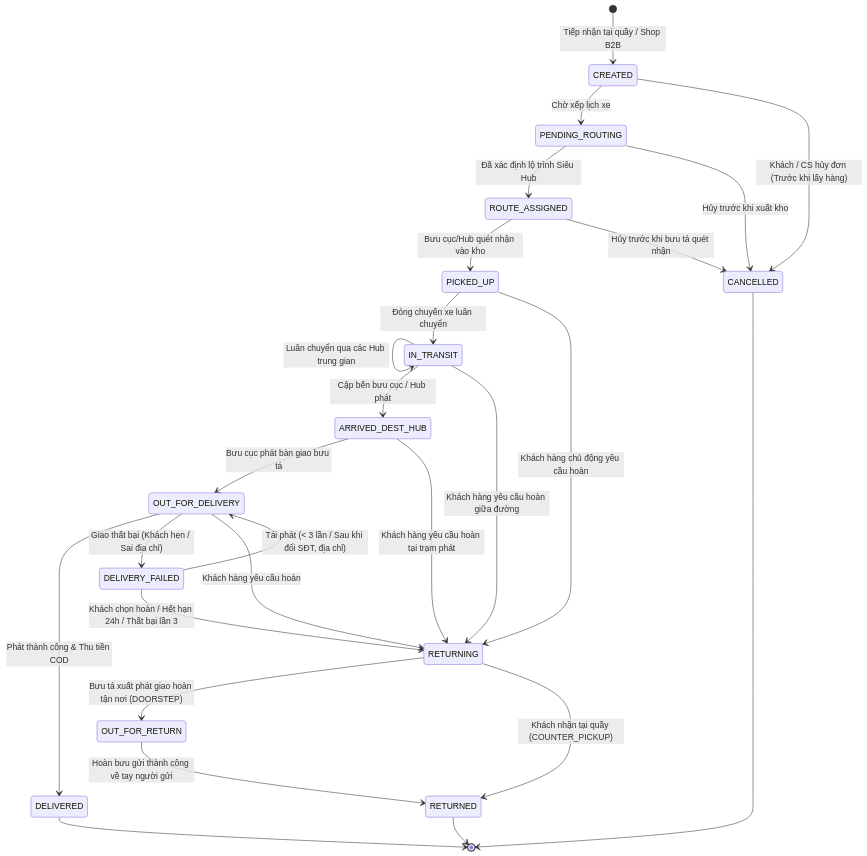
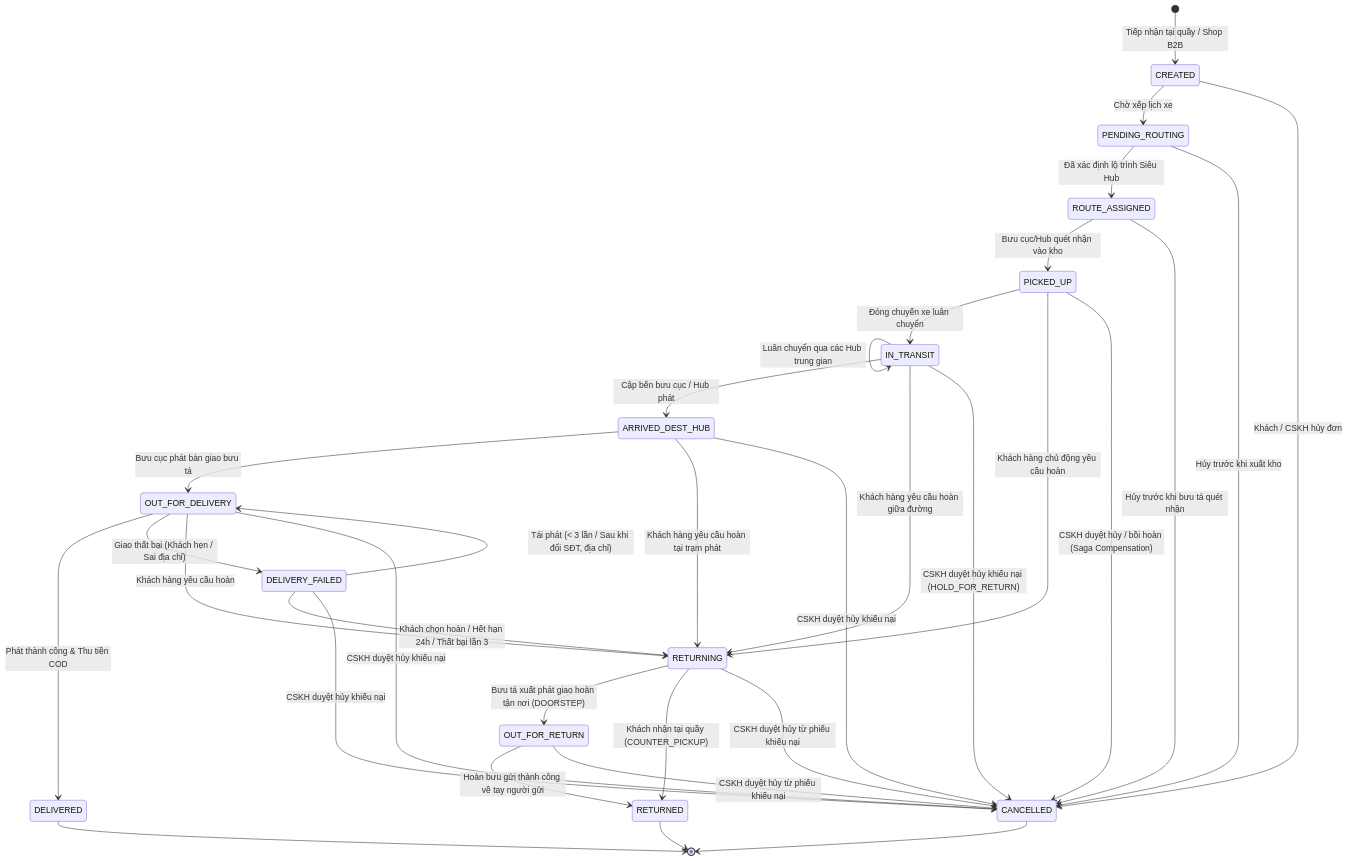
The second of 2 diagrams in docs/04-logistics-domain-and-rbac-station-context.md (Khanhnv26/Mini-Waybill-Platform---VNPT-Cloud), drawn with Mermaid before and after one commit. The commit also changed other lines of this file and 12 other files, not shown here.

````diff
--- a/docs/04-logistics-domain-and-rbac-station-context.md
+++ b/docs/04-logistics-domain-and-rbac-station-context.md
@@ -44,37 +47,44 @@
 ```mermaid
 stateDiagram-v2
     [*] --> CREATED: Tiếp nhận tại quầy / Shop B2B
     CREATED --> PENDING_ROUTING: Chờ xếp lịch xe
-    CREATED --> CANCELLED: Khách / CS hủy đơn (Trước khi lấy hàng)
+    CREATED --> CANCELLED: Khách / CSKH hủy đơn
     
     PENDING_ROUTING --> ROUTE_ASSIGNED: Đã xác định lộ trình Siêu Hub
     PENDING_ROUTING --> CANCELLED: Hủy trước khi xuất kho
     
     ROUTE_ASSIGNED --> PICKED_UP: Bưu cục/Hub quét nhận vào kho
     ROUTE_ASSIGNED --> CANCELLED: Hủy trước khi bưu tá quét nhận
     
     PICKED_UP --> IN_TRANSIT: Đóng chuyến xe luân chuyển
     PICKED_UP --> RETURNING: Khách hàng chủ động yêu cầu hoàn
+    PICKED_UP --> CANCELLED: CSKH duyệt hủy / bồi hoàn (Saga Compensation)
     
     IN_TRANSIT --> IN_TRANSIT: Luân chuyển qua các Hub trung gian
     IN_TRANSIT --> ARRIVED_DEST_HUB: Cập bến bưu cục / Hub phát
     IN_TRANSIT --> RETURNING: Khách hàng yêu cầu hoàn giữa đường
+    IN_TRANSIT --> CANCELLED: CSKH duyệt hủy khiếu nại (HOLD_FOR_RETURN)
     
     ARRIVED_DEST_HUB --> OUT_FOR_DELIVERY: Bưu cục phát bàn giao bưu tá
     ARRIVED_DEST_HUB --> RETURNING: Khách hàng yêu cầu hoàn tại trạm phát
+    ARRIVED_DEST_HUB --> CANCELLED: CSKH duyệt hủy khiếu nại
     
     OUT_FOR_DELIVERY --> DELIVERED: Phát thành công & Thu tiền COD
     OUT_FOR_DELIVERY --> DELIVERY_FAILED: Giao thất bại (Khách hẹn / Sai địa chỉ)
     OUT_FOR_DELIVERY --> RETURNING: Khách hàng yêu cầu hoàn
+    OUT_FOR_DELIVERY --> CANCELLED: CSKH duyệt hủy khiếu nại
     
     DELIVERY_FAILED --> OUT_FOR_DELIVERY: Tái phát (< 3 lần / Sau khi đổi SĐT, địa chỉ)
     DELIVERY_FAILED --> RETURNING: Khách chọn hoàn / Hết hạn 24h / Thất bại lần 3
+    DELIVERY_FAILED --> CANCELLED: CSKH duyệt hủy khiếu nại
     
     RETURNING --> OUT_FOR_RETURN: Bưu tá xuất phát giao hoàn tận nơi (DOORSTEP)
     RETURNING --> RETURNED: Khách nhận tại quầy (COUNTER_PICKUP)
+    RETURNING --> CANCELLED: CSKH duyệt hủy từ phiếu khiếu nại
     OUT_FOR_RETURN --> RETURNED: Hoàn bưu gửi thành công về tay người gửi
+    OUT_FOR_RETURN --> CANCELLED: CSKH duyệt hủy từ phiếu khiếu nại
     
     DELIVERED --> [*]
     CANCELLED --> [*]
     RETURNED --> [*]
 ```
````
